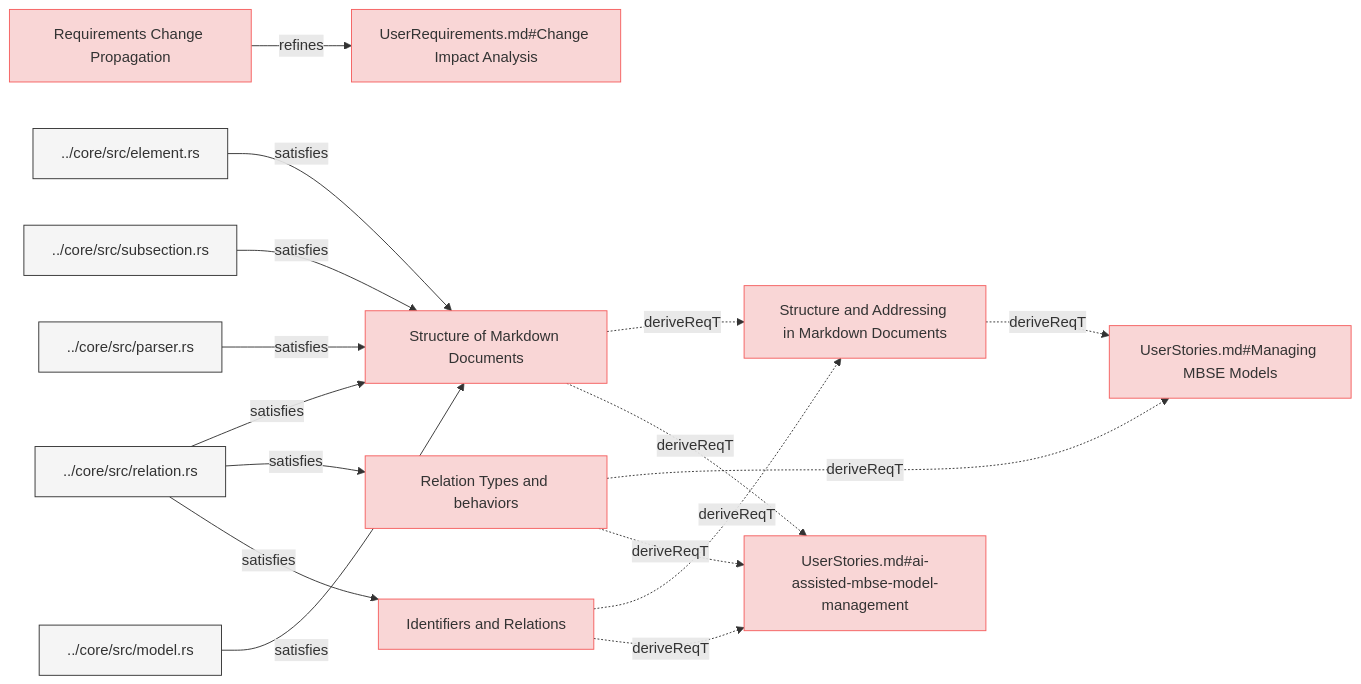
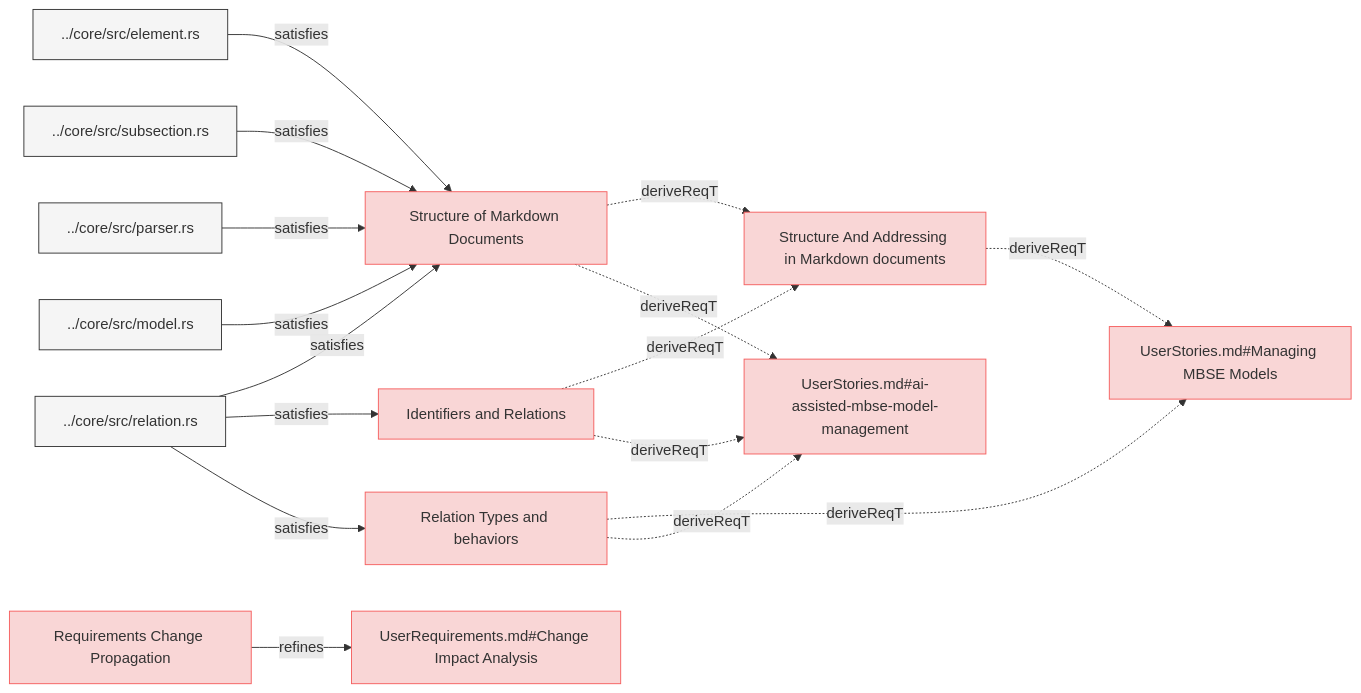
Before and after one commit to reqvire-org/reqvire: the first of 3 diagrams in specifications/SpecificationsRequirements.md, drawn with Mermaid. The commit also changed 29 other files, not shown here.

````diff
--- a/specifications/SpecificationsRequirements.md
+++ b/specifications/SpecificationsRequirements.md
@@ -4,69 +4,69 @@
 ```mermaid
 graph LR;
   %% Graph styling
   classDef requirement fill:#f9d6d6,stroke:#f55f5f,stroke-width:1px;
   classDef verification fill:#d6f9d6,stroke:#5fd75f,stroke-width:1px;
   classDef externalLink fill:#d0e0ff,stroke:#3080ff,stroke-width:1px;
   classDef default fill:#f5f5f5,stroke:#333333,stroke-width:1px;
 
-  ade67c27bc5d3bbd["Structure and Addressing in Markdown Documents"];
-  class ade67c27bc5d3bbd requirement;
-  click ade67c27bc5d3bbd "SpecificationsRequirements.md#structure-and-addressing-in-markdown-documents";
-  e61b7c1baa89bfc6["UserStories.md#Managing MBSE Models"];
-  class e61b7c1baa89bfc6 requirement;
-  click e61b7c1baa89bfc6 "UserStories.md#managing-mbse-models";
-  ade67c27bc5d3bbd -.->|deriveReqT| e61b7c1baa89bfc6;
-  2054606d7574a553["Requirements Change Propagation"];
-  class 2054606d7574a553 requirement;
-  click 2054606d7574a553 "SpecificationsRequirements.md#requirements-change-propagation";
-  9933cac5853a8584["UserRequirements.md#Change Impact Analysis"];
-  class 9933cac5853a8584 requirement;
-  click 9933cac5853a8584 "UserRequirements.md#change-impact-analysis";
-  2054606d7574a553 -->|refines| 9933cac5853a8584;
   b49d890e0bbe0a83["Structure of Markdown Documents"];
   class b49d890e0bbe0a83 requirement;
   click b49d890e0bbe0a83 "SpecificationsRequirements.md#structure-of-markdown-documents";
+  ade67c27bc5d3bbd["Structure And Addressing in Markdown documents"];
+  class ade67c27bc5d3bbd requirement;
+  click ade67c27bc5d3bbd "SpecificationsRequirements.md#structure-and-addressing-in-markdown-documents";
   b49d890e0bbe0a83 -.->|deriveReqT| ade67c27bc5d3bbd;
   cd2d5dab49985ca2["UserStories.md#ai-assisted-mbse-model-management"];
   class cd2d5dab49985ca2 requirement;
   click cd2d5dab49985ca2 "UserStories.md#ai-assisted-mbse-model-management";
   b49d890e0bbe0a83 -.->|deriveReqT| cd2d5dab49985ca2;
   9450d4313f47ef36["../core/src/relation.rs"];
   class 9450d4313f47ef36 default;
   click 9450d4313f47ef36 "../core/src/relation.rs";
   9450d4313f47ef36 -->|satisfies| b49d890e0bbe0a83;
   a814c4935e1a0449["../core/src/element.rs"];
   class a814c4935e1a0449 default;
   click a814c4935e1a0449 "../core/src/element.rs";
   a814c4935e1a0449 -->|satisfies| b49d890e0bbe0a83;
   398003c91b6b2cde["../core/src/subsection.rs"];
   class 398003c91b6b2cde default;
   click 398003c91b6b2cde "../core/src/subsection.rs";
   398003c91b6b2cde -->|satisfies| b49d890e0bbe0a83;
   f22d93285fcd7664["../core/src/parser.rs"];
   class f22d93285fcd7664 default;
   click f22d93285fcd7664 "../core/src/parser.rs";
   f22d93285fcd7664 -->|satisfies| b49d890e0bbe0a83;
   d50a859650933e55["../core/src/model.rs"];
   class d50a859650933e55 default;
   click d50a859650933e55 "../core/src/model.rs";
   d50a859650933e55 -->|satisfies| b49d890e0bbe0a83;
+  2054606d7574a553["Requirements Change Propagation"];
+  class 2054606d7574a553 requirement;
+  click 2054606d7574a553 "SpecificationsRequirements.md#requirements-change-propagation";
+  9933cac5853a8584["UserRequirements.md#Change Impact Analysis"];
+  class 9933cac5853a8584 requirement;
+  click 9933cac5853a8584 "UserRequirements.md#change-impact-analysis";
+  2054606d7574a553 -->|refines| 9933cac5853a8584;
+  e61b7c1baa89bfc6["UserStories.md#Managing MBSE Models"];
+  class e61b7c1baa89bfc6 requirement;
+  click e61b7c1baa89bfc6 "UserStories.md#managing-mbse-models";
+  ade67c27bc5d3bbd -.->|deriveReqT| e61b7c1baa89bfc6;
+  816c1e0b1de4dc53["Identifiers and Relations"];
+  class 816c1e0b1de4dc53 requirement;
+  click 816c1e0b1de4dc53 "SpecificationsRequirements.md#identifiers-and-relations";
+  816c1e0b1de4dc53 -.->|deriveReqT| ade67c27bc5d3bbd;
+  816c1e0b1de4dc53 -.->|deriveReqT| cd2d5dab49985ca2;
+  9450d4313f47ef36["../core/src/relation.rs"];
+  class 9450d4313f47ef36 default;
+  click 9450d4313f47ef36 "../core/src/relation.rs";
+  9450d4313f47ef36 -->|satisfies| 816c1e0b1de4dc53;
   551906d5c51d91d9["Relation Types and behaviors"];
   class 551906d5c51d91d9 requirement;
   click 551906d5c51d91d9 "SpecificationsRequirements.md#relation-types-and-behaviors";
   551906d5c51d91d9 -.->|deriveReqT| e61b7c1baa89bfc6;
   551906d5c51d91d9 -.->|deriveReqT| cd2d5dab49985ca2;
   9450d4313f47ef36["../core/src/relation.rs"];
   class 9450d4313f47ef36 default;
   click 9450d4313f47ef36 "../core/src/relation.rs";
   9450d4313f47ef36 -->|satisfies| 551906d5c51d91d9;
-  816c1e0b1de4dc53["Identifiers and Relations"];
-  class 816c1e0b1de4dc53 requirement;
-  click 816c1e0b1de4dc53 "SpecificationsRequirements.md#identifiers-and-relations";
-  816c1e0b1de4dc53 -.->|deriveReqT| ade67c27bc5d3bbd;
-  816c1e0b1de4dc53 -.->|deriveReqT| cd2d5dab49985ca2;
-  9450d4313f47ef36["../core/src/relation.rs"];
-  class 9450d4313f47ef36 default;
-  click 9450d4313f47ef36 "../core/src/relation.rs";
-  9450d4313f47ef36 -->|satisfies| 816c1e0b1de4dc53;
 ```
````
